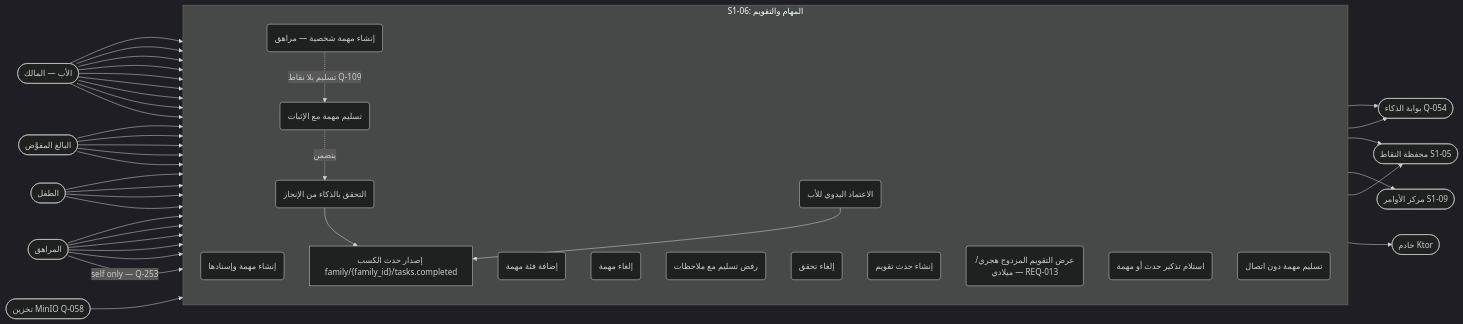
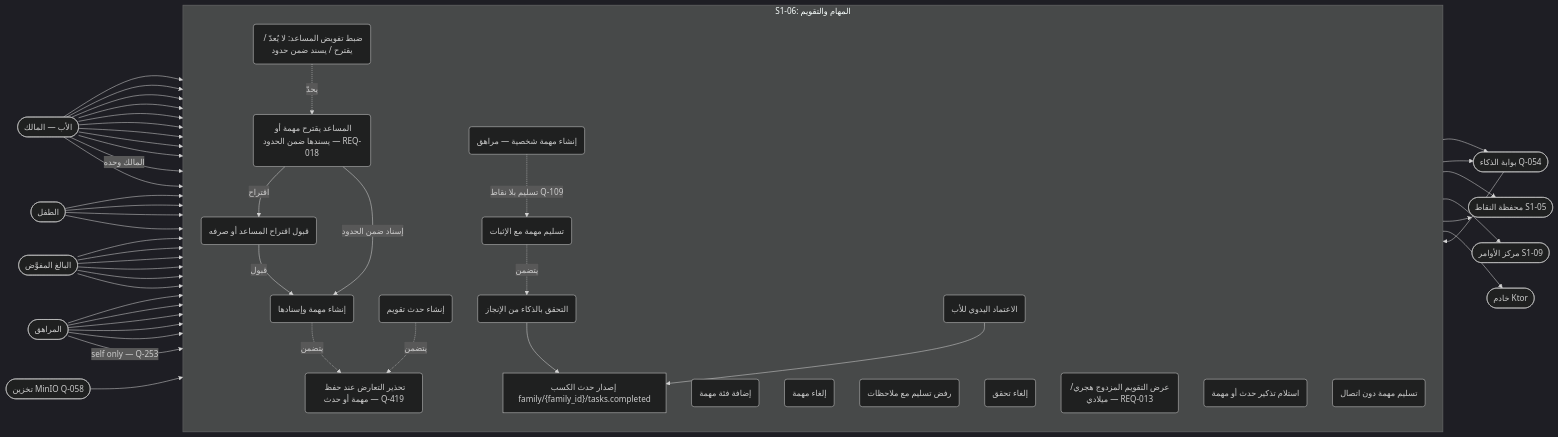
Before and after one commit to Bassam-mohammed-alqaeadi/family-os-v2: the first of 15 diagrams in docs/family-os/governance/phases/phase-1/S1-06-tasks-and-calendar/DIAGRAMS.md, drawn with Mermaid (dark theme). The commit also changed other lines of this file and 22 other files, not shown here.

First line of the commit message:
docs(phase-1): redraw diagrams of the ten systems on the approved design (Q-428)

````diff
--- a/docs/family-os/governance/phases/phase-1/S1-06-tasks-and-calendar/DIAGRAMS.md
+++ b/docs/family-os/governance/phases/phase-1/S1-06-tasks-and-calendar/DIAGRAMS.md
@@ -14,66 +15,80 @@
 ```mermaid
 flowchart LR
     Father([الأب — المالك])
     Adult([البالغ المفوَّض])
     Child([الطفل])
     Teen([المراهق])
     AI([بوابة الذكاء Q-054])
     Server([خادم Ktor])
     S105([محفظة النقاط S1-05])
     S109([مركز الأوامر S1-09])
     MinIO([تخزين MinIO Q-058])
 
     subgraph S106 [S1-06: المهام والتقويم]
         direction TB
         UC1(إنشاء مهمة وإسنادها)
         UC2(إضافة فئة مهمة)
         UC3(إلغاء مهمة)
         UC4(تسليم مهمة مع الإثبات)
         UC5(التحقق بالذكاء من الإنجاز)
         UC6(الاعتماد اليدوي للأب)
         UC7(رفض تسليم مع ملاحظات)
         UC8(إلغاء تحقق)
         UC9(إنشاء حدث تقويم)
         UC10(عرض التقويم المزدوج هجري/ميلادي — REQ-013)
         UC11(استلام تذكير حدث أو مهمة)
         UC12(إنشاء مهمة شخصية — مراهق)
         UC13(تسليم مهمة دون اتصال)
         UC14["إصدار حدث الكسب family/{family_id}/tasks.completed"]
+        UC15(ضبط تفويض المساعد: لا يُعدّ / يقترح / يسند ضمن حدود)
+        UC16(المساعد يقترح مهمة أو يسندها ضمن الحدود — REQ-018)
+        UC17(قبول اقتراح المساعد أو صرفه)
+        UC18(تحذير التعارض عند حفظ مهمة أو حدث — Q-419)
     end
 
     Father --> UC1
     Father --> UC2
     Father --> UC3
     Father --> UC6
     Father --> UC7
     Father --> UC8
     Father --> UC9
     Adult --> UC1
     Adult --> UC3
     Adult --> UC6
     Adult --> UC9
     Child --> UC4
     Child --> UC10
     Child --> UC11
     Child --> UC13
     Teen --> UC4
     Teen --> UC10
     Teen --> UC11
     Teen --> UC12
     Teen --> UC13
     Teen -->|self only — Q-253| UC3
     Father --> UC10
     Father --> UC11
+    Father -->|المالك وحده| UC15
+    Father --> UC17
+    Adult --> UC17
+    AI --> UC16
+    UC15 -.->|يحدّ| UC16
+    UC16 -->|اقتراح| UC17
+    UC17 -->|قبول| UC1
+    UC16 -->|إسناد ضمن الحدود| UC1
+    UC1 -.->|يتضمن| UC18
+    UC9 -.->|يتضمن| UC18
     Adult --> UC10
     UC4 -.->|يتضمن| UC5
     UC4 --> AI
     UC5 --> AI
     UC5 --> UC14
     UC6 --> UC14
     UC14 --> S105
     UC4 --> S109
     MinIO --> UC5
     UC8 --> S105
     UC13 --> Server
     UC12 -.->|تسليم بلا نقاط Q-109| UC4
 ```
````
